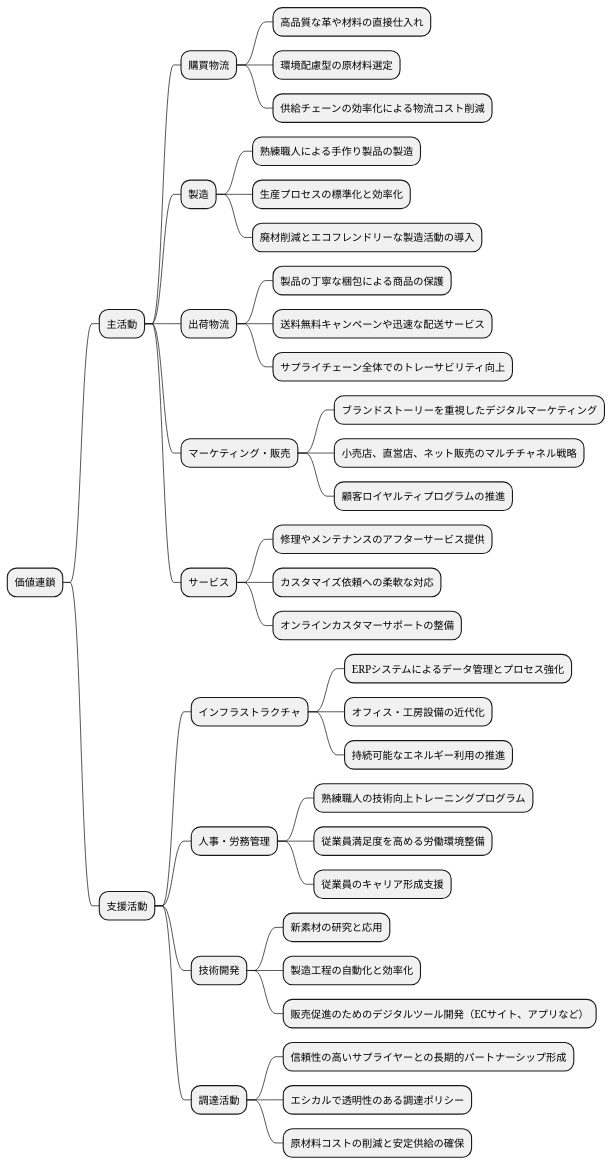
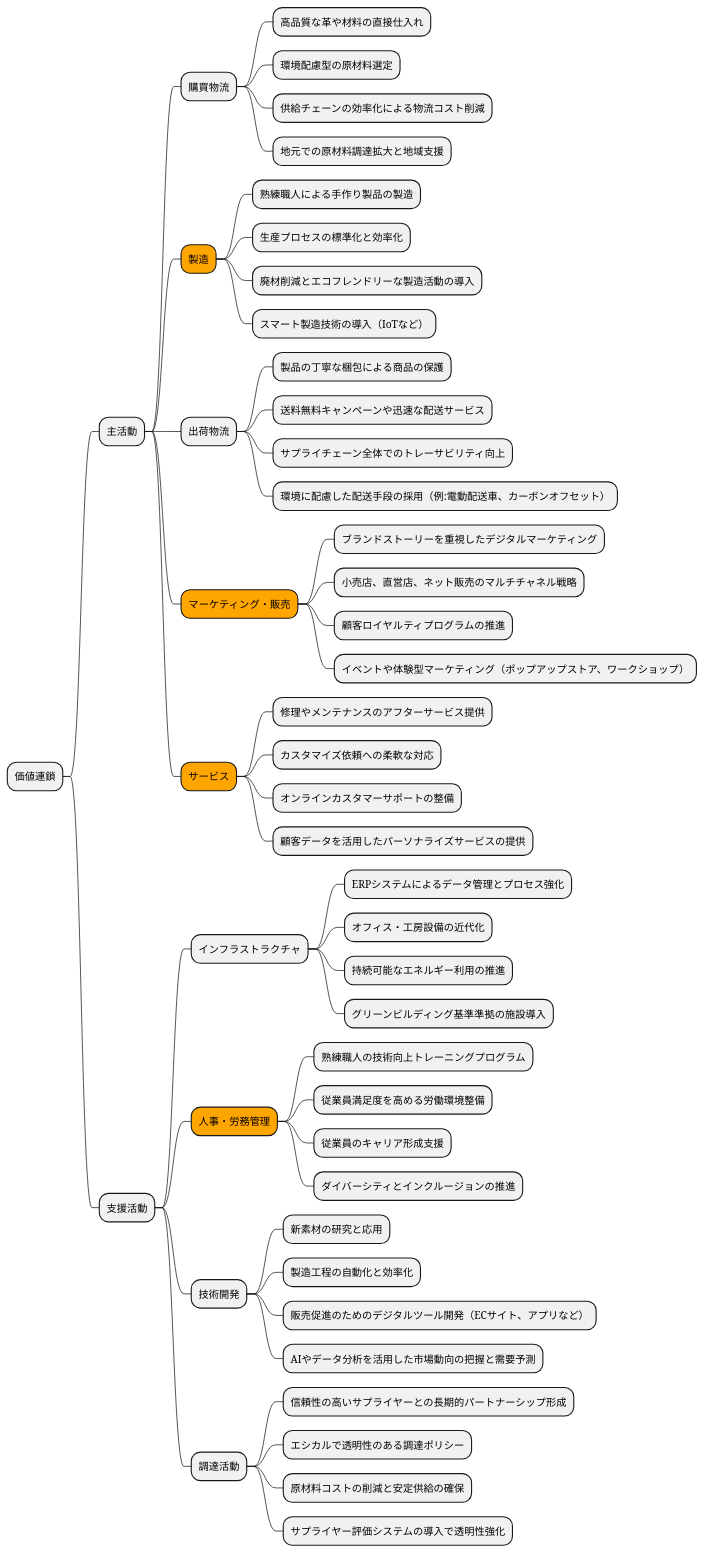
The tenth of 19 diagrams in docs/case/r03_case_3.adoc (k2works/case-study-business-analysis), drawn with PlantUML before and after one commit. The commit also changed other lines of this file, not shown here.

```diff
--- a/docs/case/r03_case_3.adoc
+++ b/docs/case/r03_case_3.adoc
@@ -386,46 +492,55 @@
 [plantuml]
 ----
 @startmindmap
 
 * 価値連鎖
 ** 主活動
 *** 購買物流
 **** 高品質な革や材料の直接仕入れ
 **** 環境配慮型の原材料選定
 **** 供給チェーンの効率化による物流コスト削減
-*** 製造
+**** 地元での原材料調達拡大と地域支援
+***[#orange] 製造
 **** 熟練職人による手作り製品の製造
 **** 生産プロセスの標準化と効率化
 **** 廃材削減とエコフレンドリーな製造活動の導入
+**** スマート製造技術の導入（IoTなど）
 *** 出荷物流
 **** 製品の丁寧な梱包による商品の保護
 **** 送料無料キャンペーンや迅速な配送サービス
 **** サプライチェーン全体でのトレーサビリティ向上
-*** マーケティング・販売
+**** 環境に配慮した配送手段の採用（例:電動配送車、カーボンオフセット）
+***[#orange] マーケティング・販売
 **** ブランドストーリーを重視したデジタルマーケティング
 **** 小売店、直営店、ネット販売のマルチチャネル戦略
 **** 顧客ロイヤルティプログラムの推進
-*** サービス
+**** イベントや体験型マーケティング（ポップアップストア、ワークショップ）
+***[#orange] サービス
 **** 修理やメンテナンスのアフターサービス提供
 **** カスタマイズ依頼への柔軟な対応
 **** オンラインカスタマーサポートの整備
+**** 顧客データを活用したパーソナライズサービスの提供
 ** 支援活動
 *** インフラストラクチャ
 **** ERPシステムによるデータ管理とプロセス強化
 **** オフィス・工房設備の近代化
 **** 持続可能なエネルギー利用の推進
-*** 人事・労務管理
+**** グリーンビルディング基準準拠の施設導入
+***[#orange] 人事・労務管理
 **** 熟練職人の技術向上トレーニングプログラム
 **** 従業員満足度を高める労働環境整備
 **** 従業員のキャリア形成支援
+**** ダイバーシティとインクルージョンの推進
 *** 技術開発
 **** 新素材の研究と応用
 **** 製造工程の自動化と効率化
 **** 販売促進のためのデジタルツール開発（ECサイト、アプリなど）
+**** AIやデータ分析を活用した市場動向の把握と需要予測
 *** 調達活動
 **** 信頼性の高いサプライヤーとの長期的パートナーシップ形成
 **** エシカルで透明性のある調達ポリシー
 **** 原材料コストの削減と安定供給の確保
+**** サプライヤー評価システムの導入で透明性強化
 
 @endmindmap
 ----
```
